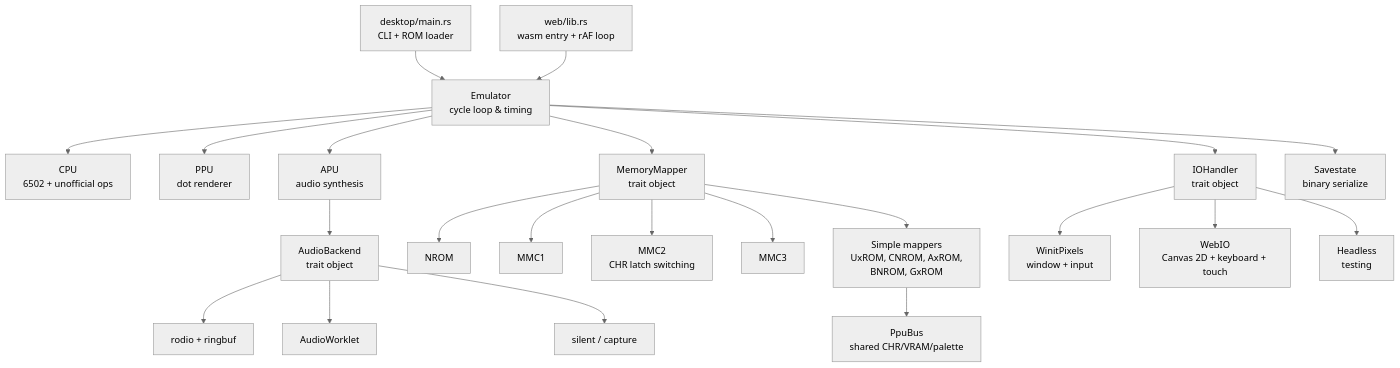
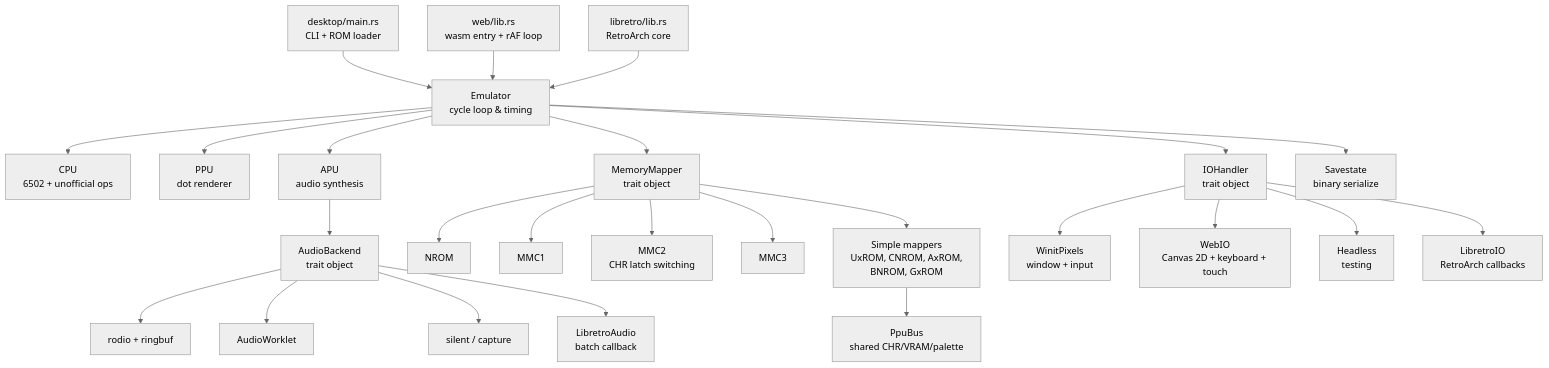
The diagram in README.md (aastrand/krankulator), drawn with Mermaid (neutral theme) before and after one commit. The commit also changed other lines of this file and 12 other files, not shown here.

First line of the commit message:
Add RetroArch/libretro core

````diff
--- a/README.md
+++ b/README.md
@@ -31,29 +32,32 @@
 ```mermaid
 graph TD
     Main["desktop/main.rs<br/>CLI + ROM loader"] --> Emu["Emulator<br/>cycle loop & timing"]
     Web["web/lib.rs<br/>wasm entry + rAF loop"] --> Emu
+    Libretro["libretro/lib.rs<br/>RetroArch core"] --> Emu
 
     Emu --> CPU["CPU<br/>6502 + unofficial ops"]
     Emu --> PPU["PPU<br/>dot renderer"]
     Emu --> APU["APU<br/>audio synthesis"]
     Emu --> Mem["MemoryMapper<br/>trait object"]
 
     Mem --> NROM
     Mem --> MMC1
     Mem --> MMC2["MMC2<br/>CHR latch switching"]
     Mem --> MMC3
     Mem --> Simple["Simple mappers<br/>UxROM, CNROM, AxROM,<br/>BNROM, GxROM"]
     Simple --> PpuBus["PpuBus<br/>shared CHR/VRAM/palette"]
 
     Emu --> IO["IOHandler<br/>trait object"]
     IO --> Winit["WinitPixels<br/>window + input"]
     IO --> WebIO["WebIO<br/>Canvas 2D + keyboard + touch"]
     IO --> Headless["Headless<br/>testing"]
+    IO --> LibretroIO["LibretroIO<br/>RetroArch callbacks"]
 
     APU --> Audio["AudioBackend<br/>trait object"]
     Audio --> Rodio["rodio + ringbuf"]
     Audio --> Worklet["AudioWorklet"]
     Audio --> Silent["silent / capture"]
+    Audio --> LibretroAudio["LibretroAudio<br/>batch callback"]
 
     Emu --> SS["Savestate<br/>binary serialize"]
 ```
````
